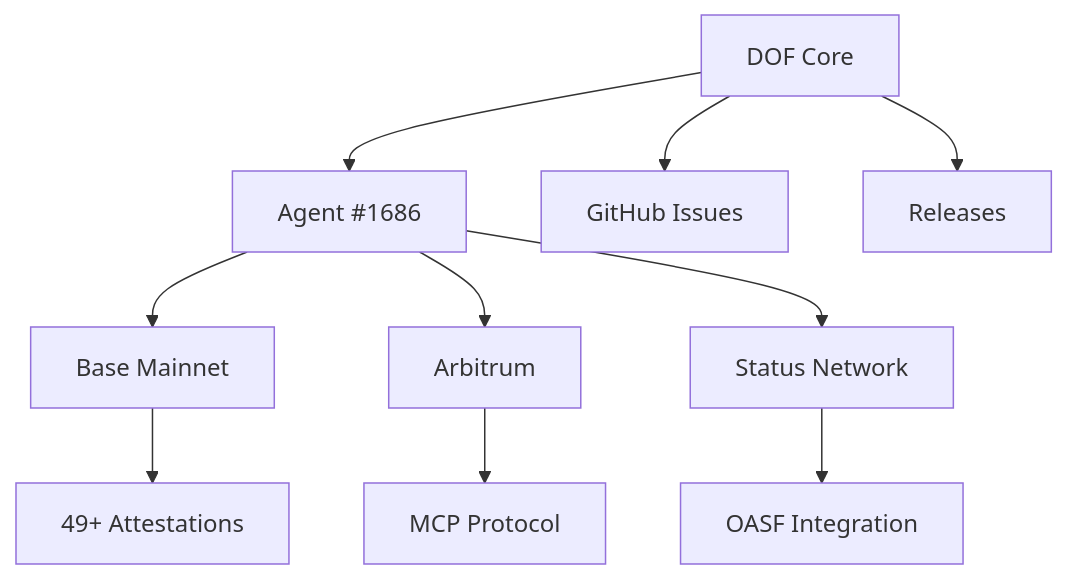
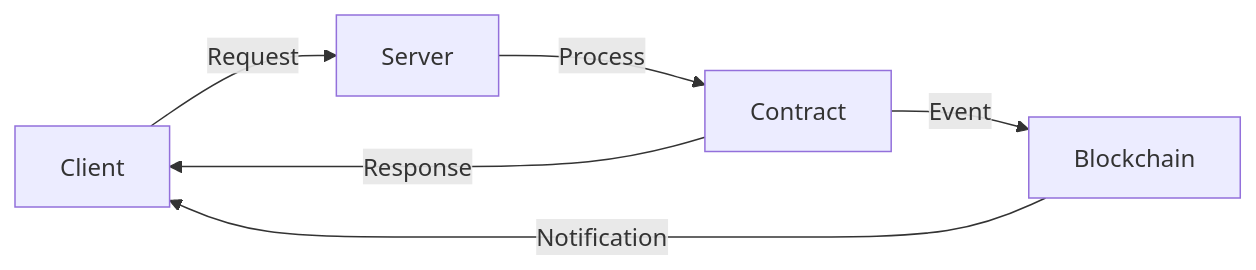
Before and after one commit to Cyberpaisa/deterministic-observability-framework: the diagram in README.md, drawn with Mermaid. The commit also changed other lines of this file and 2 other files, not shown here.

Commit message:
🤖 DOF v4 cycle #75 — 2026-03-16T11:54:21Z — add_feature: Building concrete features for Synthesis 2026 trac

````diff
--- a/README.md
+++ b/README.md
@@ -28,12 +10,8 @@
 ```mermaid
-graph TD
-    A[DOF Core] --> B[Agent #1686]
-    B --> C[Base Mainnet]
-    B --> D[Arbitrum]
-    B --> E[Status Network]
-    C --> F[49+ Attestations]
-    D --> G[MCP Protocol]
-    E --> H[OASF Integration]
-    A --> I[GitHub Issues]
-    A --> J[Releases]
+graph LR
+    A[Client] -->| Request | B[Server]
+    B -->| Process | C[Contract]
+    C -->| Response | A
+    C -->| Event | D[Blockchain]
+    D -->| Notification | A
 ```
````
